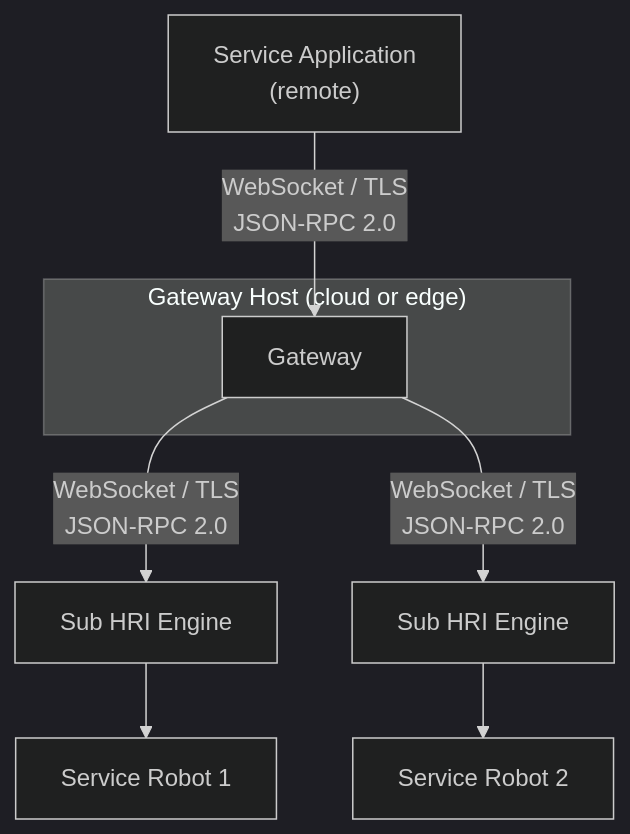
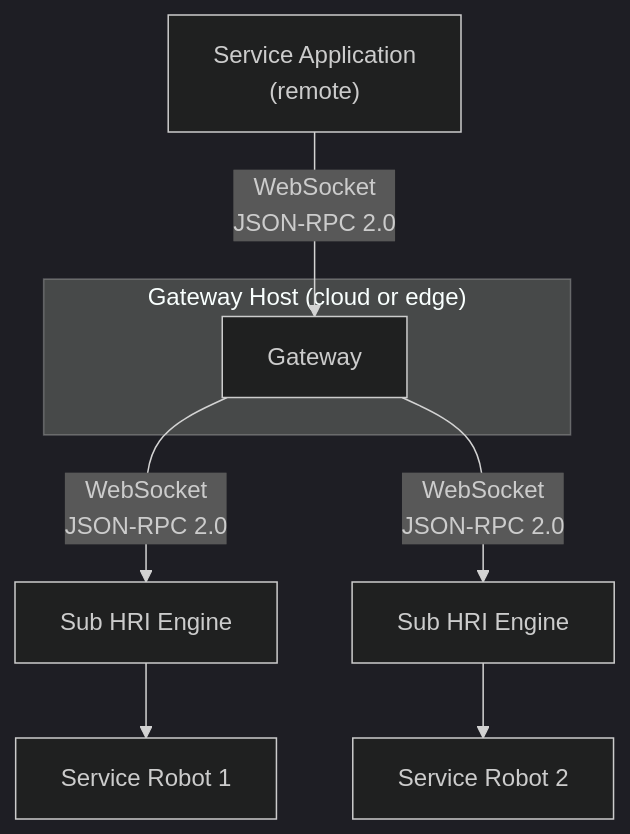
One commit to openrois/openrois changed the fourth of 5 diagrams in docs/architecture.md. Above: the diagram before and after it, drawn with Mermaid (dark theme). The commit also changed other lines of this file and 22 other files, not shown here.

First line of the commit message:
docs: align vocabulary, citation and diagrams with the camera-ready paper

````diff
--- a/docs/architecture.md
+++ b/docs/architecture.md
@@ -842,15 +842,15 @@
 ```mermaid
 flowchart TB
     App["Service Application<br/>(remote)"]
-    App -->|"WebSocket / TLS<br/>JSON-RPC 2.0"| GW
+    App -->|"WebSocket<br/>JSON-RPC 2.0"| GW
 
     subgraph Cloud["Gateway Host (cloud or edge)"]
         GW["Gateway"]
     end
 
-    GW -->|"WebSocket / TLS<br/>JSON-RPC 2.0"| SubEngine1["Sub HRI Engine"]
+    GW -->|"WebSocket<br/>JSON-RPC 2.0"| SubEngine1["Sub HRI Engine"]
     SubEngine1 --> Robot1["Service Robot 1"]
 
-    GW -->|"WebSocket / TLS<br/>JSON-RPC 2.0"| SubEngine2["Sub HRI Engine"]
+    GW -->|"WebSocket<br/>JSON-RPC 2.0"| SubEngine2["Sub HRI Engine"]
     SubEngine2 --> Robot2["Service Robot 2"]
 ```
````
